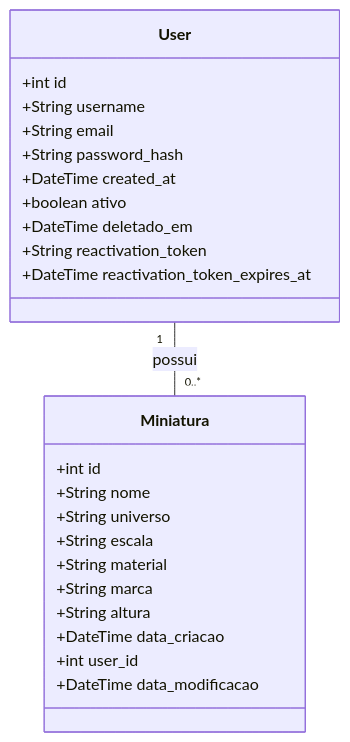
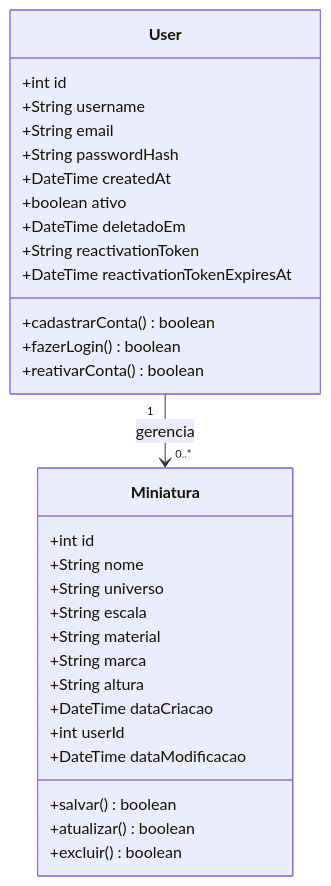
Before and after one commit to AlexandreCMoraes/mini-paint-manager: the diagram in mini-paint-manager-backend/diagram.md, drawn with Mermaid. The commit also changed 1 other file, not shown here.

Commit message:
docs(architecture): finalize project diagrams and UML documentation

````diff
--- a/mini-paint-manager-backend/diagram.md
+++ b/mini-paint-manager-backend/diagram.md
@@ -3,27 +3,35 @@
 ```mermaid
 classDiagram
     class User {
         +int id
         +String username
         +String email
-        +String password_hash
-        +DateTime created_at
+        +String passwordHash
+        +DateTime createdAt
         +boolean ativo
-        +DateTime deletado_em
-        +String reactivation_token
-        +DateTime reactivation_token_expires_at
+        +DateTime deletadoEm
+        +String reactivationToken
+        +DateTime reactivationTokenExpiresAt
+        +cadastrarConta() boolean
+        +fazerLogin() boolean
+        +reativarConta() boolean
     }
+
     class Miniatura {
         +int id
         +String nome
         +String universo
         +String escala
         +String material
         +String marca
         +String altura
-        +DateTime data_criacao
-        +int user_id
-        +DateTime data_modificacao
+        +DateTime dataCriacao
+        +int userId
+        +DateTime dataModificacao
+        +salvar() boolean
+        +atualizar() boolean
+        +excluir() boolean
     }
-    User "1" -- "0..*" Miniatura : possui
+
+    User "1" --> "0..*" Miniatura : gerencia
 ```
````
